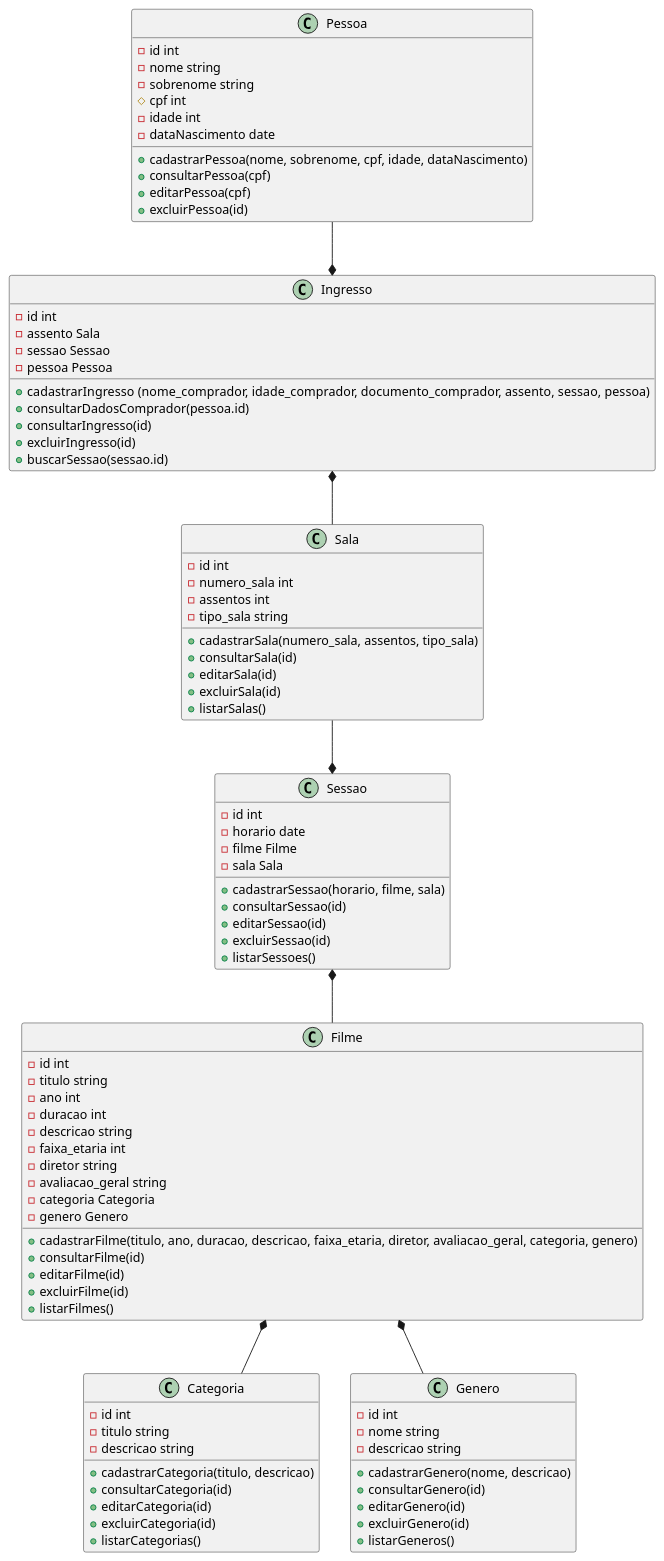
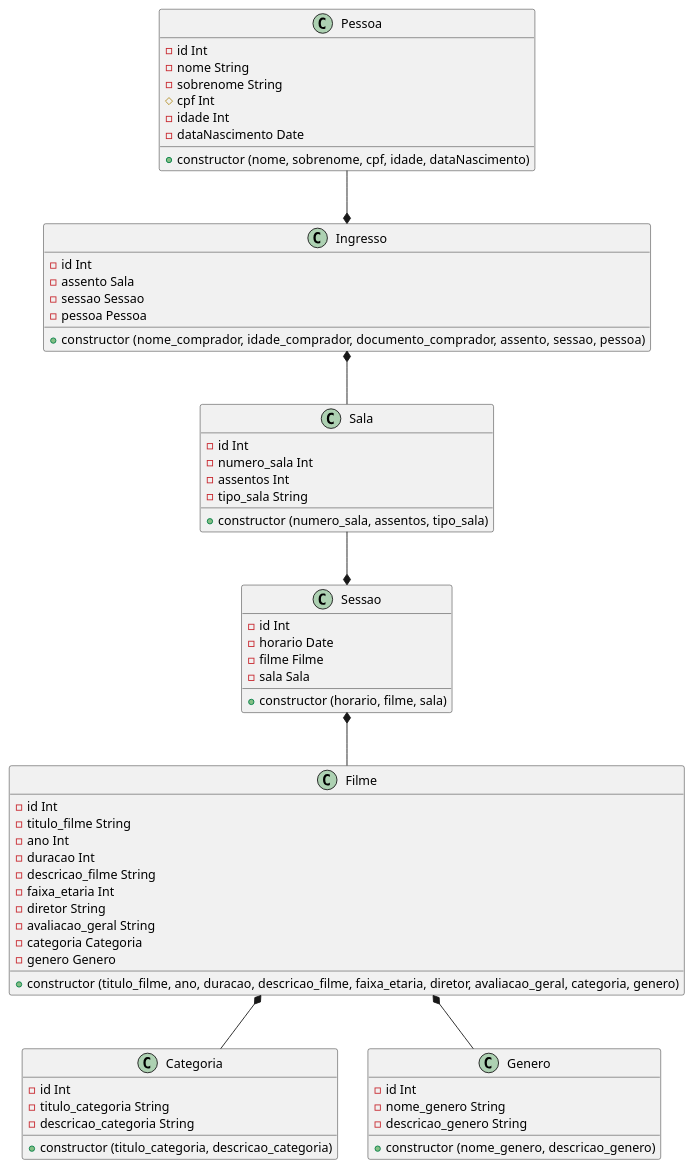
Before and after one commit to anleaes/2023-1-N1-POO-07: the diagram in cinema.plantuml, drawn with PlantUML.

Commit message:
Versão 1.1.11 - Alterações no diagrama UML

```diff
--- a/cinema.plantuml
+++ b/cinema.plantuml
@@ -1,103 +1,76 @@
 @startuml cinema
 
 class Filme {
-    - id int
-    - titulo string
-    - ano int
-    - duracao int
-    - descricao string
-    - faixa_etaria int
-    - diretor string
-    - avaliacao_geral string
+    - id Int
+    - titulo_filme String
+    - ano Int
+    - duracao Int
+    - descricao_filme String
+    - faixa_etaria Int
+    - diretor String
+    - avaliacao_geral String
     - categoria Categoria
     - genero Genero
-    + cadastrarFilme(titulo, ano, duracao, descricao, faixa_etaria, diretor, avaliacao_geral, categoria, genero)
-    + consultarFilme(id)
-    + editarFilme(id)
-    + excluirFilme(id)
-    + listarFilmes()
+    + constructor (titulo_filme, ano, duracao, descricao_filme, faixa_etaria, diretor, avaliacao_geral, categoria, genero)
 }
 
 class Pessoa {
-    - id int
-    - nome string
-    - sobrenome string
-    # cpf int
-    - idade int
-    - dataNascimento date
-    + cadastrarPessoa(nome, sobrenome, cpf, idade, dataNascimento)
-    + consultarPessoa(cpf)
-    + editarPessoa(cpf)
-    + excluirPessoa(id)
+    - id Int
+    - nome String
+    - sobrenome String
+    # cpf Int
+    - idade Int
+    - dataNascimento Date
+    + constructor (nome, sobrenome, cpf, idade, dataNascimento)
 }
 
 class Categoria {
-    - id int
-    - titulo string
-    - descricao string
-    + cadastrarCategoria(titulo, descricao)
-    + consultarCategoria(id)
-    + editarCategoria(id)
-    + excluirCategoria(id)
-    + listarCategorias()
+    - id Int
+    - titulo_categoria String
+    - descricao_categoria String
+    + constructor (titulo_categoria, descricao_categoria)
 }
 
 class Genero {
-    - id int
-    - nome string
-    - descricao string
-    + cadastrarGenero(nome, descricao)
-    + consultarGenero(id)
-    + editarGenero(id)
-    + excluirGenero(id)
-    + listarGeneros()
+    - id Int
+    - nome_genero String
+    - descricao_genero String
+    + constructor (nome_genero, descricao_genero)
 }
 
 class Ingresso {
-    - id int
+    - id Int
     - assento Sala
     - sessao Sessao
     - pessoa Pessoa
-    + cadastrarIngresso (nome_comprador, idade_comprador, documento_comprador, assento, sessao, pessoa)
-    + consultarDadosComprador(pessoa.id)
-    + consultarIngresso(id)
-    + excluirIngresso(id)    
-    + buscarSessao(sessao.id)
+    + constructor (nome_comprador, idade_comprador, documento_comprador, assento, sessao, pessoa)
 }
 
 class Sala {
-    - id int
-    - numero_sala int
-    - assentos int
-    - tipo_sala string
-    + cadastrarSala(numero_sala, assentos, tipo_sala)
-    + consultarSala(id)
-    + editarSala(id)
-    + excluirSala(id)
-    + listarSalas()
+    - id Int
+    - numero_sala Int
+    - assentos Int
+    - tipo_sala String
+    + constructor (numero_sala, assentos, tipo_sala)
 }
 
 class Sessao {
-    - id int
-    - horario date
+    - id Int
+    - horario Date
     - filme Filme
     - sala Sala
-    + cadastrarSessao(horario, filme, sala)
-    + consultarSessao(id)
-    + editarSessao(id)
-    + excluirSessao(id)
-    + listarSessoes()
+    + constructor (horario, filme, sala)
 }
 
 Filme *-- Categoria
 Filme *-- Genero
 
 Sala --* Sessao
 
 Sessao *-- Filme
 
 Pessoa --* Ingresso
 
 Ingresso *-- Sala
 
 @enduml
```
